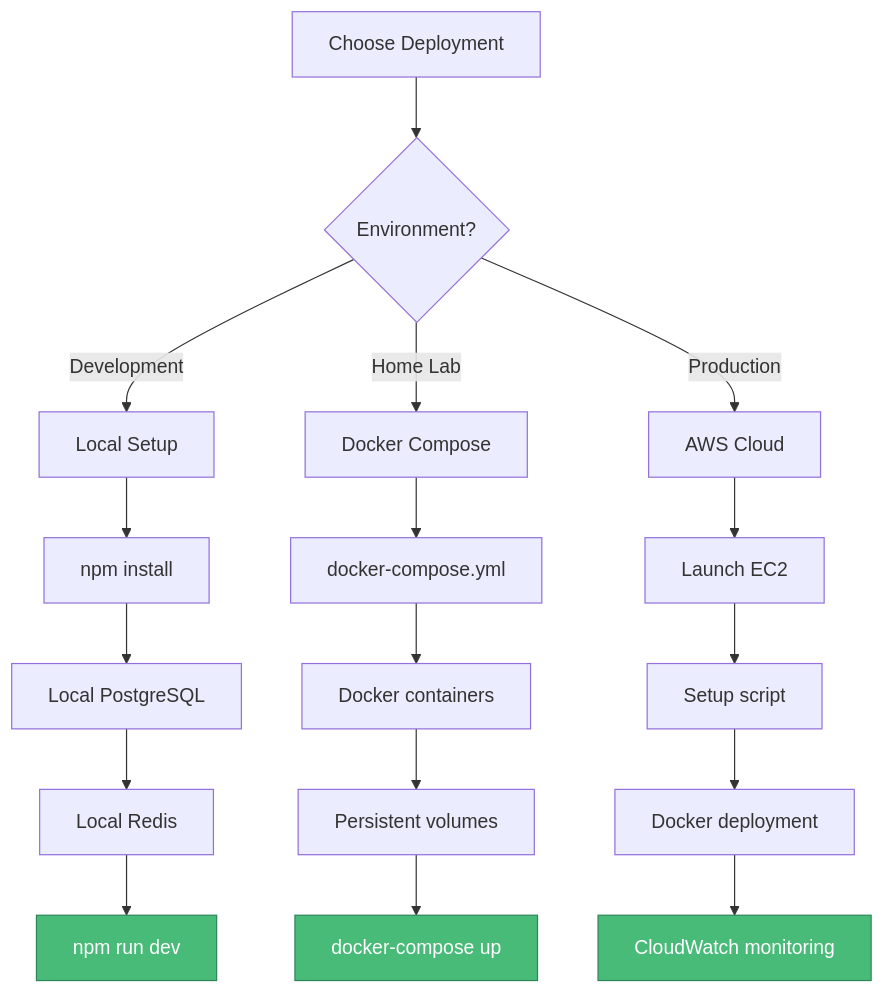
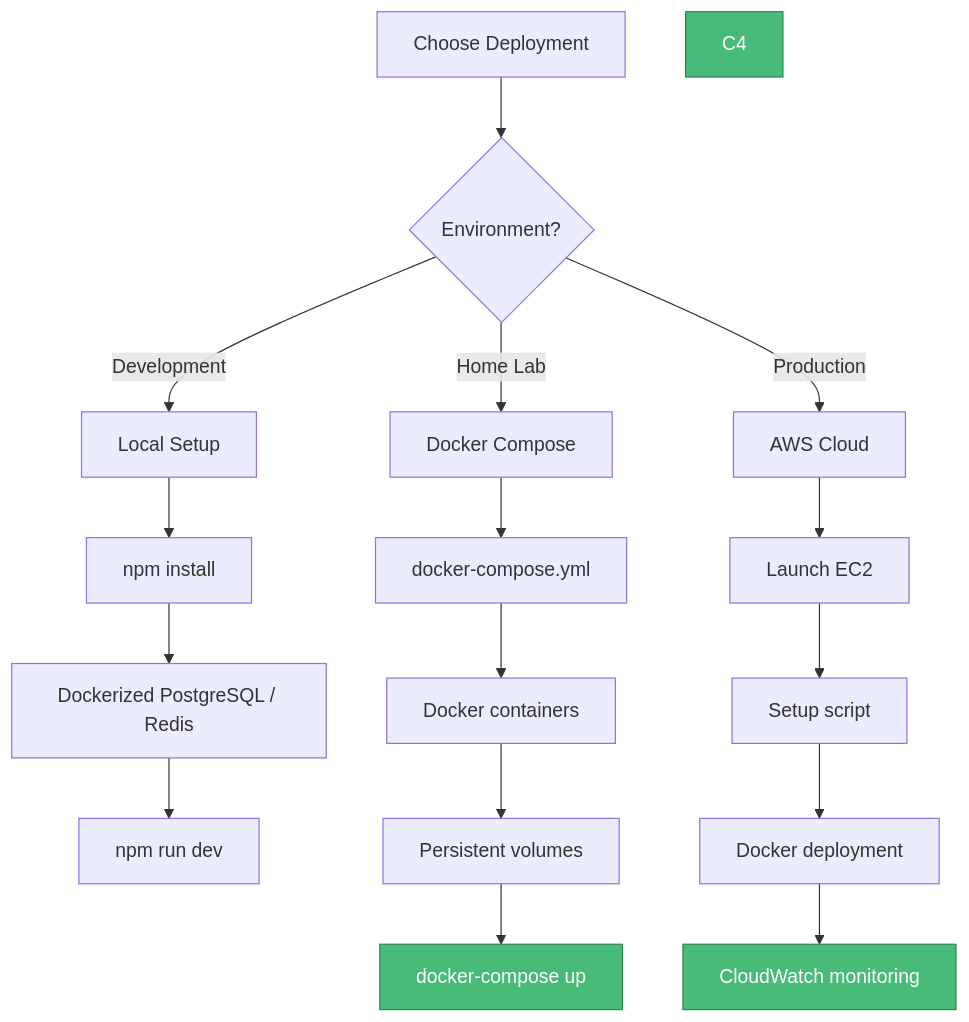
Before and after one commit to cyclonite69/shadowcheck-web: the first of 17 diagrams in .github/wiki/Deployment-Guide.md, drawn with Mermaid. The commit also changed other lines of this file and 10 other files, not shown here.

````diff
--- a/.github/wiki/Deployment-Guide.md
+++ b/.github/wiki/Deployment-Guide.md
@@ -21,27 +21,26 @@
 ```mermaid
 flowchart TD
     A[Choose Deployment] --> B{Environment?}
 
     B -->|Development| C[Local Setup]
     B -->|Home Lab| D[Docker Compose]
     B -->|Production| E[AWS Cloud]
 
     C --> C1[npm install]
-    C1 --> C2[Local PostgreSQL]
-    C2 --> C3[Local Redis]
-    C3 --> C4[npm run dev]
+    C1 --> C2[Dockerized PostgreSQL / Redis]
+    C2 --> C3[npm run dev]
 
     D --> D1[docker-compose.yml]
     D1 --> D2[Docker containers]
     D2 --> D3[Persistent volumes]
     D3 --> D4[docker-compose up]
 
     E --> E1[Launch EC2]
     E1 --> E2[Setup script]
     E2 --> E3[Docker deployment]
     E3 --> E4[CloudWatch monitoring]
 
     style C4 fill:#48bb78,stroke:#2f855a,color:#fff
     style D4 fill:#48bb78,stroke:#2f855a,color:#fff
     style E4 fill:#48bb78,stroke:#2f855a,color:#fff
 ```
````
